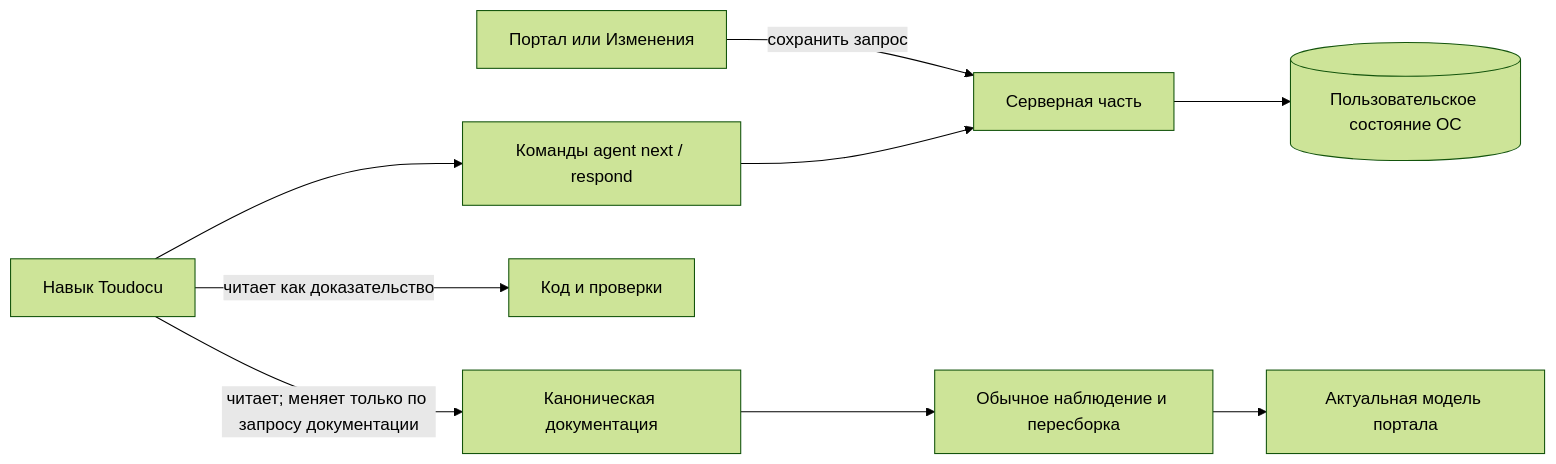
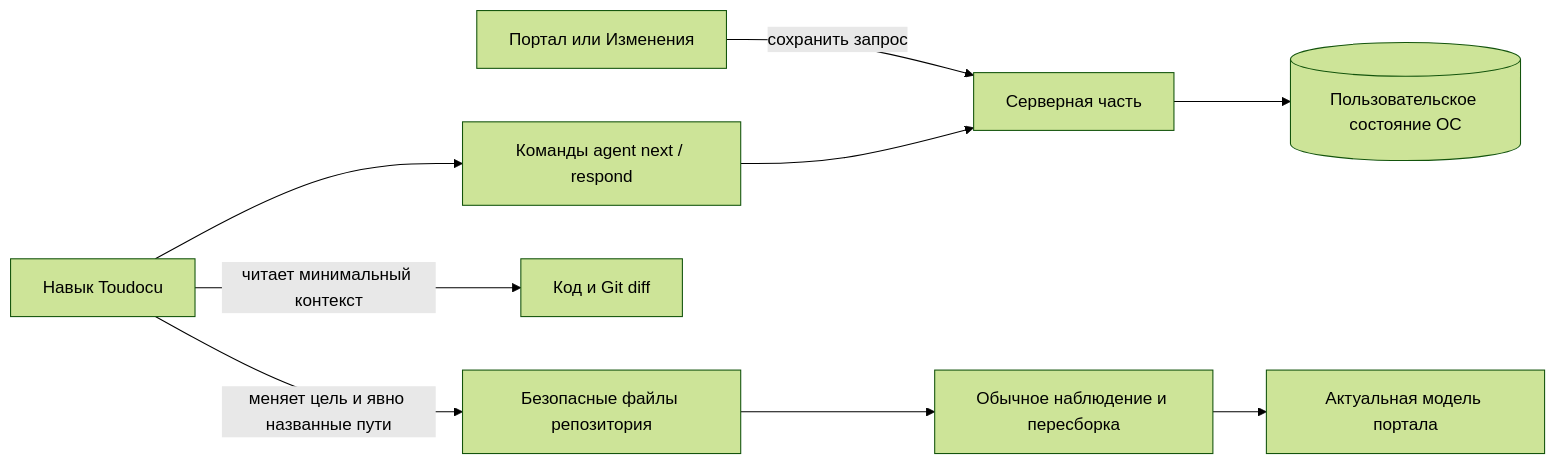
The diagram in docs/architecture/agent-feedback-delivery.md (lumenikoly/toudocu), drawn with Mermaid (forest theme) before and after one commit. The commit also changed other lines of this file and 96 other files, not shown here.

````diff
--- a/docs/architecture/agent-feedback-delivery.md
+++ b/docs/architecture/agent-feedback-delivery.md
@@ -14,11 +14,11 @@
 ```mermaid
 flowchart LR
     Browser[Портал или Изменения] -->|сохранить запрос| Core[Серверная часть]
     Core --> Store[(Пользовательское состояние ОС)]
     CLI[Команды agent next / respond] --> Core
     Skill[Навык Toudocu] --> CLI
-    Skill -->|читает как доказательство| Code[Код и проверки]
-    Skill -->|читает; меняет только по запросу документации| Docs[Каноническая документация]
-    Docs --> Watcher[Обычное наблюдение и пересборка]
+    Skill -->|читает минимальный контекст| Code[Код и Git diff]
+    Skill -->|меняет цель и явно названные пути| Sources[Безопасные файлы репозитория]
+    Sources --> Watcher[Обычное наблюдение и пересборка]
     Watcher --> Portal[Актуальная модель портала]
 ```
````
